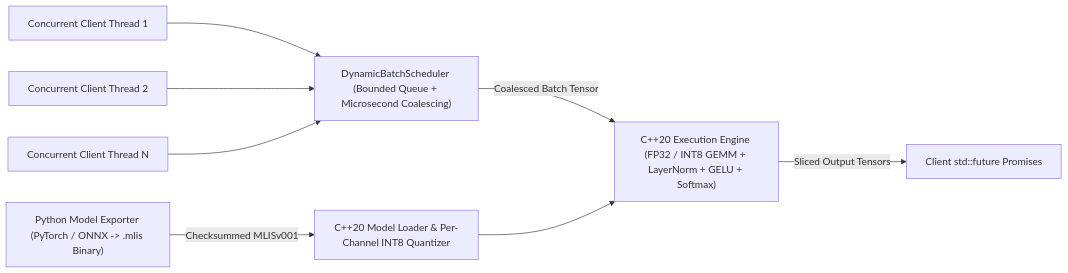
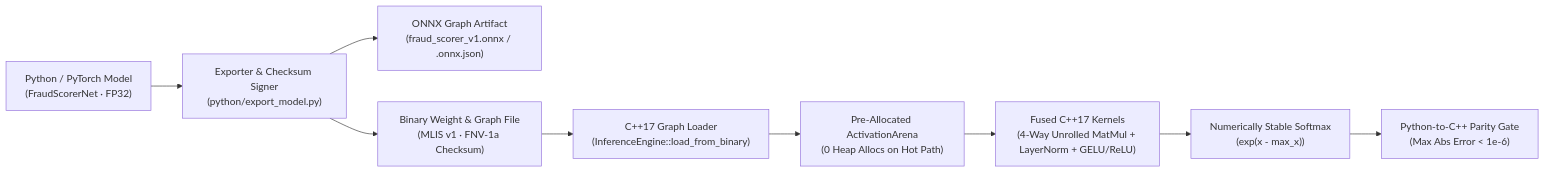
Before and after one commit to colinsohn/ml-inference-server: the diagram in ARCHITECTURE.md, drawn with Mermaid. The commit also changed other lines of this file and 12 other files, not shown here.

Commit message:
Initialize ml-inference-server architecture, 21-day roadmap, and C++17 inference engine

````diff
--- a/ARCHITECTURE.md
+++ b/ARCHITECTURE.md
@@ -7,10 +7,11 @@
 ```mermaid
 flowchart LR
-    PT["Python Model Exporter (PyTorch / ONNX -> .mlis Binary)"] -->|Checksummed MLISv001| L["C++20 Model Loader & Per-Channel INT8 Quantizer"]
-    C1["Concurrent Client Thread 1"] --> Q["DynamicBatchScheduler (Bounded Queue + Microsecond Coalescing)"]
-    C2["Concurrent Client Thread 2"] --> Q
-    CN["Concurrent Client Thread N"] --> Q
-    Q -->|Coalesced Batch Tensor| E["C++20 Execution Engine (FP32 / INT8 GEMM + LayerNorm + GELU + Softmax)"]
-    L --> E
-    E -->|Sliced Output Tensors| F["Client std::future<Tensor> Promises"]
+    PT["Python / PyTorch Model\n(FraudScorerNet · FP32)"] --> EX["Exporter & Checksum Signer\n(python/export_model.py)"]
+    EX --> ONNX["ONNX Graph Artifact\n(fraud_scorer_v1.onnx / .onnx.json)"]
+    EX --> BIN["Binary Weight & Graph File\n(MLIS v1 · FNV-1a Checksum)"]
+    BIN --> LD["C++17 Graph Loader\n(InferenceEngine::load_from_binary)"]
+    LD --> AR["Pre-Allocated ActivationArena\n(0 Heap Allocs on Hot Path)"]
+    AR --> FK["Fused C++17 Kernels\n(4-Way Unrolled MatMul + LayerNorm + GELU/ReLU)"]
+    FK --> SM["Numerically Stable Softmax\n(exp(x - max_x))"]
+    SM --> PR["Python-to-C++ Parity Gate\n(Max Abs Error < 1e-6)"]
 ```
````
